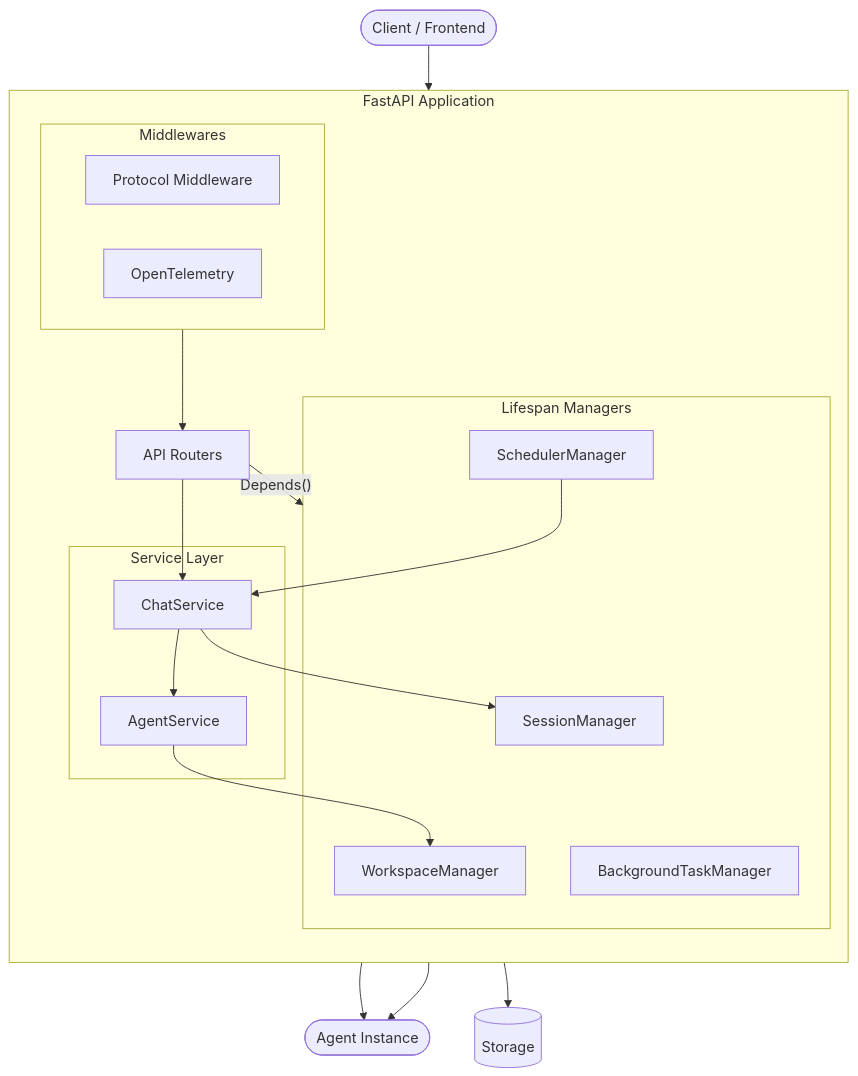
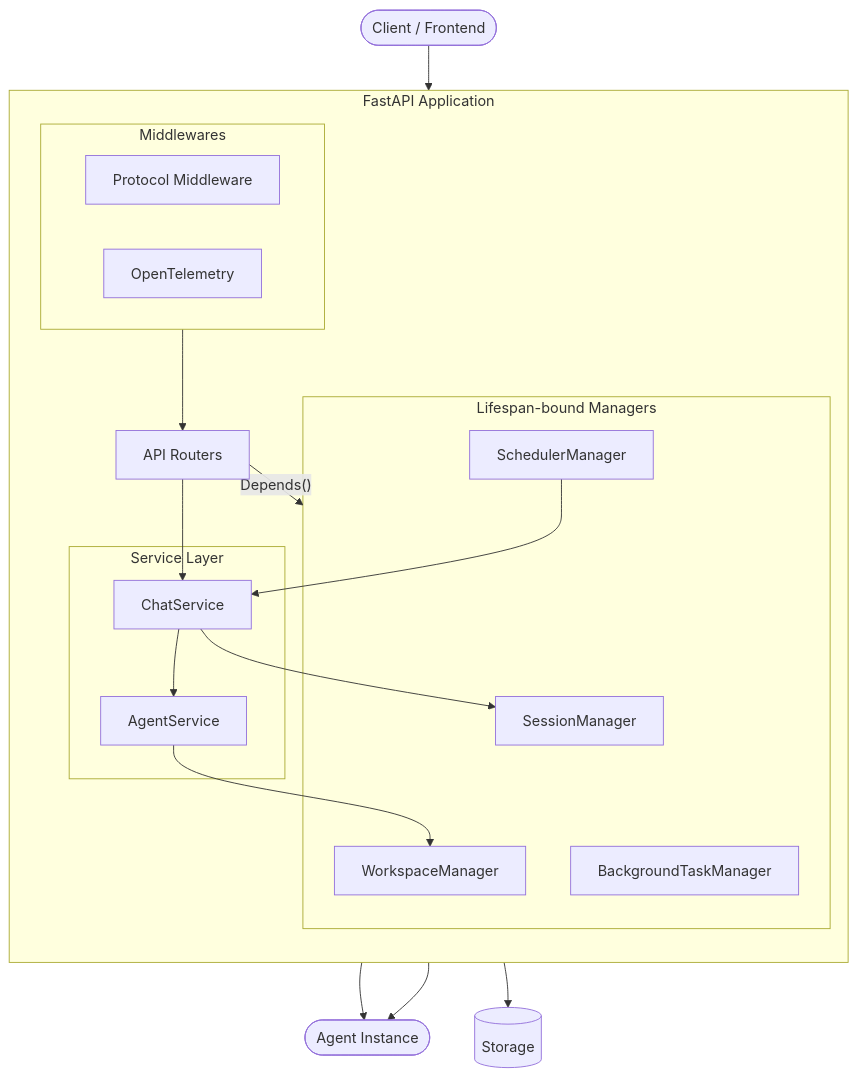
The second of 2 diagrams in v2/deploy/agent-service.mdx (Osier-Yi/docs), drawn with Mermaid before and after one commit. The commit also changed other lines of this file, not shown here.

````diff
--- a/v2/deploy/agent-service.mdx
+++ b/v2/deploy/agent-service.mdx
@@ -31,40 +519,40 @@
 ```mermaid
 flowchart TB
     Client([Client / Frontend])
 
     subgraph FastAPI ["FastAPI Application"]
         direction TB
 
         subgraph Middlewares ["Middlewares"]
             PM[Protocol Middleware]
             OT[OpenTelemetry]
         end
 
         Router[API Routers]
 
-        subgraph Lifespan ["Lifespan Managers"]
+        subgraph Lifespan ["Lifespan-bound Managers"]
             SM[SessionManager]
             BTM[BackgroundTaskManager]
             SCH[SchedulerManager]
             WM[WorkspaceManager]
         end
 
         subgraph Services ["Service Layer"]
             CS[ChatService]
             AS[AgentService]
         end
     end
 
     Storage[(Storage)]
 
     Client --> Middlewares --> Router
     Router -- "Depends()" --> Lifespan
     Router --> CS
     CS --> SM
     CS --> AS
     AS --> Agent([Agent Instance])
     CS --> Storage
     SCH --> CS
     BTM --> Agent
     AS --> WM
 ```
````
